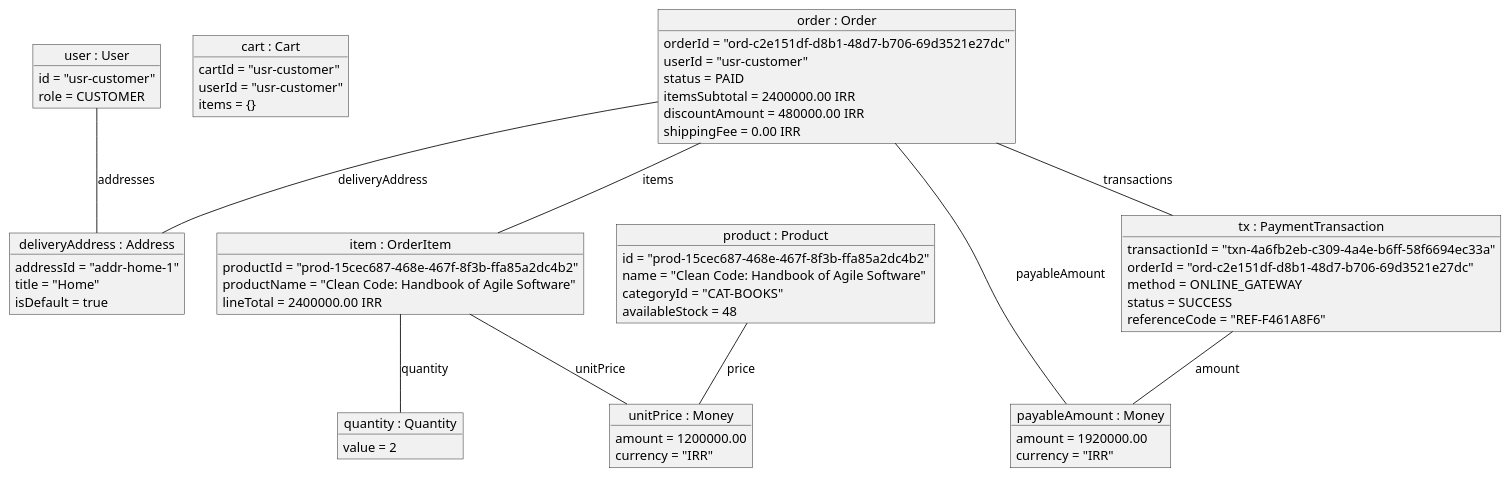
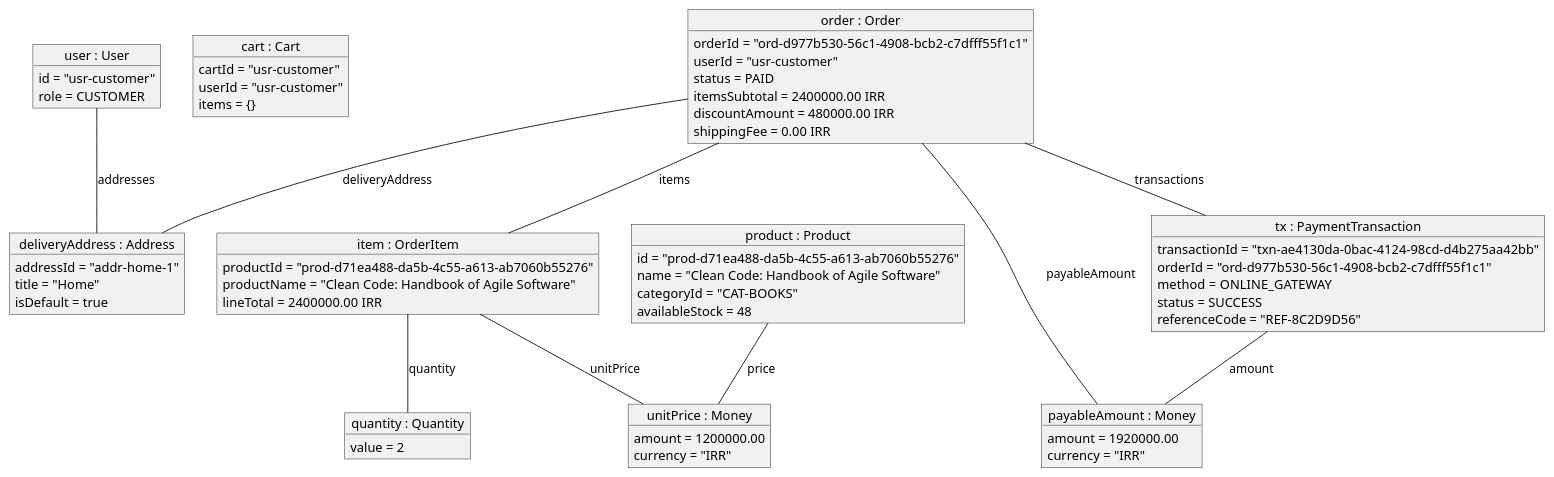
Before and after one commit to Mohammad-Aali-aut/online-shop-java: the diagram in docs/uml/plantuml/02-object.puml, drawn with PlantUML. The commit also changed 6 other files, not shown here.

Commit message:
docs: align UML diagrams with member-1 changes

```diff
--- a/docs/uml/plantuml/02-object.puml
+++ b/docs/uml/plantuml/02-object.puml
@@ -1,66 +1,66 @@
 @startuml
 skinparam shadowing false
 
 object "user : User" as user {
   id = "usr-customer"
   role = CUSTOMER
 }
 object "deliveryAddress : Address" as address {
   addressId = "addr-home-1"
   title = "Home"
   isDefault = true
 }
 object "cart : Cart" as cart {
   cartId = "usr-customer"
   userId = "usr-customer"
   items = {}
 }
 object "order : Order" as order {
-  orderId = "ord-c2e151df-d8b1-48d7-b706-69d3521e27dc"
+  orderId = "ord-d977b530-56c1-4908-bcb2-c7dfff55f1c1"
   userId = "usr-customer"
   status = PAID
   itemsSubtotal = 2400000.00 IRR
   discountAmount = 480000.00 IRR
   shippingFee = 0.00 IRR
 }
 object "item : OrderItem" as item {
-  productId = "prod-15cec687-468e-467f-8f3b-ffa85a2dc4b2"
+  productId = "prod-d71ea488-da5b-4c55-a613-ab7060b55276"
   productName = "Clean Code: Handbook of Agile Software"
   lineTotal = 2400000.00 IRR
 }
 object "product : Product" as product {
-  id = "prod-15cec687-468e-467f-8f3b-ffa85a2dc4b2"
+  id = "prod-d71ea488-da5b-4c55-a613-ab7060b55276"
   name = "Clean Code: Handbook of Agile Software"
   categoryId = "CAT-BOOKS"
   availableStock = 48
 }
 object "tx : PaymentTransaction" as tx {
-  transactionId = "txn-4a6fb2eb-c309-4a4e-b6ff-58f6694ec33a"
-  orderId = "ord-c2e151df-d8b1-48d7-b706-69d3521e27dc"
+  transactionId = "txn-ae4130da-0bac-4124-98cd-d4b275aa42bb"
+  orderId = "ord-d977b530-56c1-4908-bcb2-c7dfff55f1c1"
   method = ONLINE_GATEWAY
   status = SUCCESS
-  referenceCode = "REF-F461A8F6"
+  referenceCode = "REF-8C2D9D56"
 }
 object "quantity : Quantity" as quantity {
   value = 2
 }
 object "unitPrice : Money" as unitPrice {
   amount = 1200000.00
   currency = "IRR"
 }
 object "payableAmount : Money" as payableAmount {
   amount = 1920000.00
   currency = "IRR"
 }
 
 user -- address : addresses
 user -[hidden]right- cart
 order -- address : deliveryAddress
 order -- item : items
 order -- tx : transactions
 order -- payableAmount : payableAmount
 tx -- payableAmount : amount
 item -- quantity : quantity
 item -- unitPrice : unitPrice
 product -- unitPrice : price
 @enduml
```
